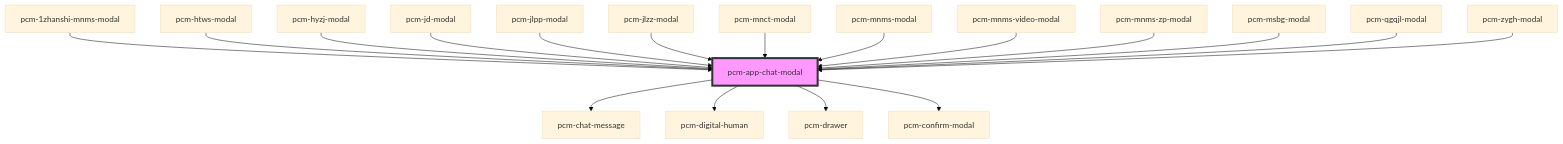
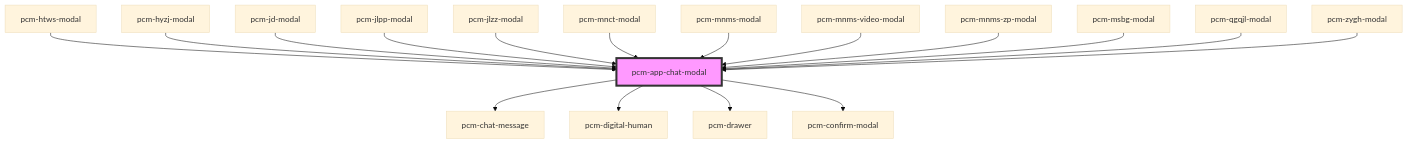
Before and after one commit to Pincaimao/pcm-agents-sdk: the diagram in packages/pcm-agents/docs/components/pcm-app-chat-modal/readme.md, drawn with Mermaid (base theme). The commit also changed other lines of this file and 15 other files, not shown here.

````diff
--- a/packages/pcm-agents/docs/components/pcm-app-chat-modal/readme.md
+++ b/packages/pcm-agents/docs/components/pcm-app-chat-modal/readme.md
@@ -74,21 +73,20 @@
 ```mermaid
 graph TD;
   pcm-app-chat-modal --> pcm-chat-message
   pcm-app-chat-modal --> pcm-digital-human
   pcm-app-chat-modal --> pcm-drawer
   pcm-app-chat-modal --> pcm-confirm-modal
-  pcm-1zhanshi-mnms-modal --> pcm-app-chat-modal
   pcm-htws-modal --> pcm-app-chat-modal
   pcm-hyzj-modal --> pcm-app-chat-modal
   pcm-jd-modal --> pcm-app-chat-modal
   pcm-jlpp-modal --> pcm-app-chat-modal
   pcm-jlzz-modal --> pcm-app-chat-modal
   pcm-mnct-modal --> pcm-app-chat-modal
   pcm-mnms-modal --> pcm-app-chat-modal
   pcm-mnms-video-modal --> pcm-app-chat-modal
   pcm-mnms-zp-modal --> pcm-app-chat-modal
   pcm-msbg-modal --> pcm-app-chat-modal
   pcm-qgqjl-modal --> pcm-app-chat-modal
   pcm-zygh-modal --> pcm-app-chat-modal
   style pcm-app-chat-modal fill:#f9f,stroke:#333,stroke-width:4px
 ```
````
